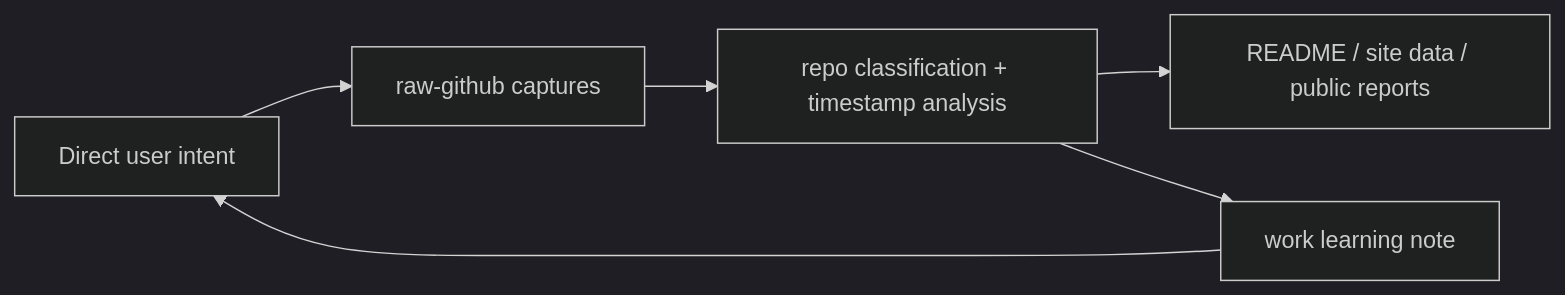
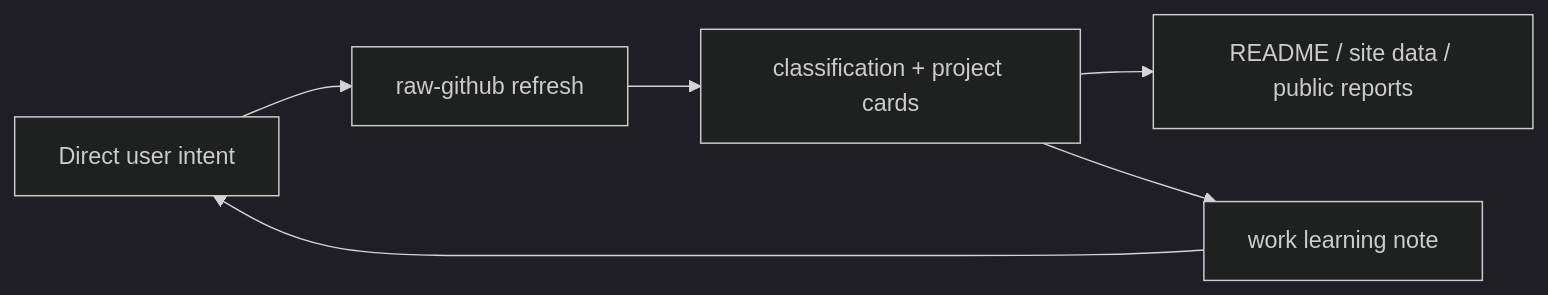
One commit to Shiyao-Huang/awesome-agent-evolution changed the diagram in .mermaid/current/graph.mmd. Above: the diagram before and after it, drawn with Mermaid (dark theme). The commit also changed 37 other files, not shown here.

Commit message:
analysis: refresh hourly public metadata packet

```diff
--- a/.mermaid/current/graph.mmd
+++ b/.mermaid/current/graph.mmd
@@ -1,6 +1,6 @@
 flowchart LR
-  INTENT["Direct user intent"] --> RAW["raw-github captures"]
-  RAW --> PROC["repo classification + timestamp analysis"]
+  INTENT["Direct user intent"] --> RAW["raw-github refresh"]
+  RAW --> PROC["classification + project cards"]
   PROC --> SITE["README / site data / public reports"]
   PROC --> NOTE["work learning note"]
   NOTE --> INTENT
```
